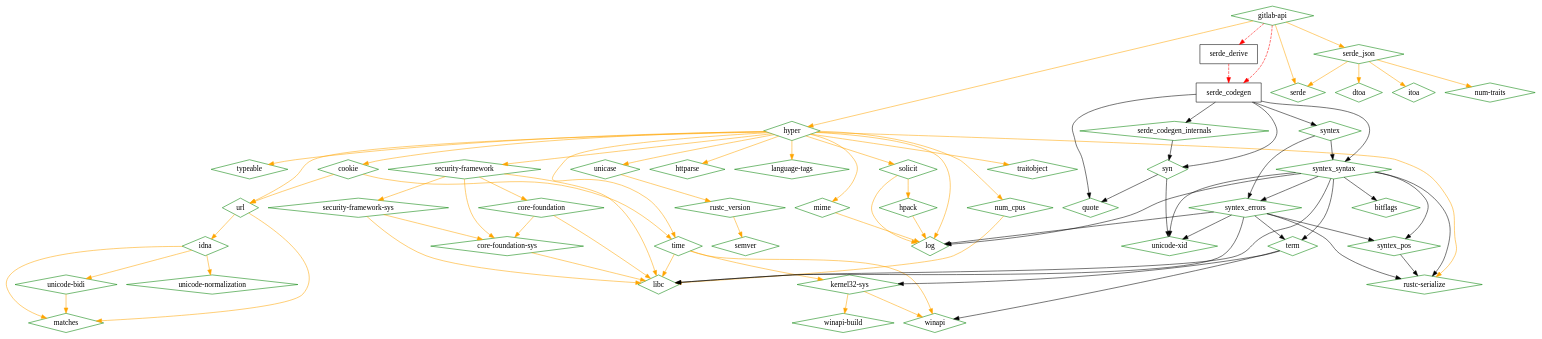
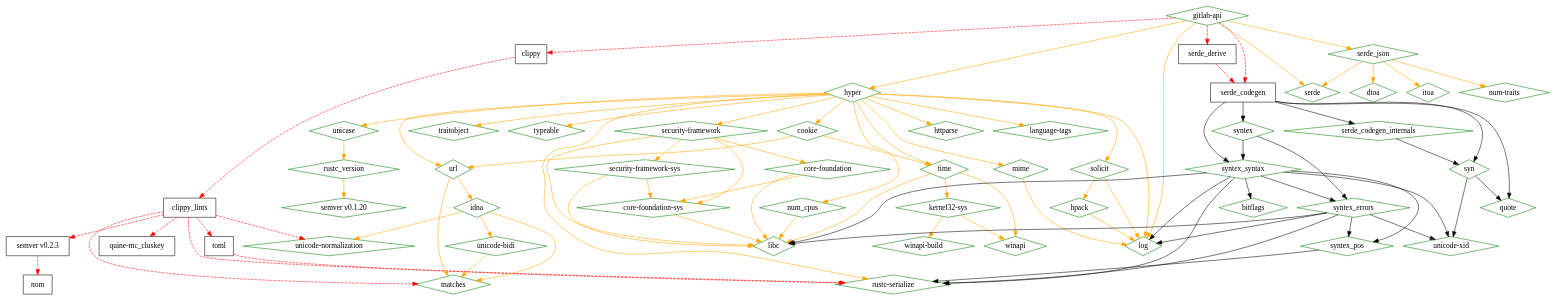
The diagram in gitlab-api-rs.dot (nbigaouette/gitlab-api-rs), drawn with Graphviz before and after one commit. The commit also changed 1 other file, not shown here.

Commit message:
Update dependency graph

```diff
--- a/gitlab-api-rs.dot
+++ b/gitlab-api-rs.dot
@@ -1,129 +1,141 @@
 digraph dependencies {
 	N0[label="gitlab-api",shape=diamond,color=green];
-	N1[label="hyper",shape=diamond,color=green];
-	N2[label="serde",shape=diamond,color=green];
-	N3[label="serde_codegen",shape=box];
-	N4[label="serde_derive",shape=box];
-	N5[label="serde_json",shape=diamond,color=green];
-	N6[label="bitflags",shape=diamond,color=green];
-	N7[label="cookie",shape=diamond,color=green];
-	N8[label="time",shape=diamond,color=green];
-	N9[label="url",shape=diamond,color=green];
-	N10[label="core-foundation",shape=diamond,color=green];
-	N11[label="core-foundation-sys",shape=diamond,color=green];
-	N12[label="libc",shape=diamond,color=green];
-	N13[label="dtoa",shape=diamond,color=green];
-	N14[label="hpack",shape=diamond,color=green];
-	N15[label="log",shape=diamond,color=green];
-	N16[label="httparse",shape=diamond,color=green];
-	N17[label="language-tags",shape=diamond,color=green];
-	N18[label="mime",shape=diamond,color=green];
-	N19[label="num_cpus",shape=diamond,color=green];
-	N20[label="rustc-serialize",shape=diamond,color=green];
-	N21[label="security-framework",shape=diamond,color=green];
-	N22[label="solicit",shape=diamond,color=green];
-	N23[label="traitobject",shape=diamond,color=green];
-	N24[label="typeable",shape=diamond,color=green];
-	N25[label="unicase",shape=diamond,color=green];
-	N26[label="idna",shape=diamond,color=green];
-	N27[label="matches",shape=diamond,color=green];
-	N28[label="unicode-bidi",shape=diamond,color=green];
-	N29[label="unicode-normalization",shape=diamond,color=green];
-	N30[label="itoa",shape=diamond,color=green];
-	N31[label="kernel32-sys",shape=diamond,color=green];
-	N32[label="winapi",shape=diamond,color=green];
-	N33[label="winapi-build",shape=diamond,color=green];
-	N34[label="num-traits",shape=diamond,color=green];
-	N35[label="quote",shape=diamond,color=green];
-	N36[label="rustc_version",shape=diamond,color=green];
-	N37[label="semver",shape=diamond,color=green];
-	N38[label="security-framework-sys",shape=diamond,color=green];
-	N39[label="serde_codegen_internals",shape=diamond,color=green];
-	N40[label="syn",shape=diamond,color=green];
-	N41[label="syntex",shape=diamond,color=green];
-	N42[label="syntex_syntax",shape=diamond,color=green];
-	N43[label="unicode-xid",shape=diamond,color=green];
-	N44[label="syntex_errors",shape=diamond,color=green];
-	N45[label="syntex_pos",shape=diamond,color=green];
-	N46[label="term",shape=diamond,color=green];
-	N0 -> N1[label="",color=orange];
+	N1[label="clippy",shape=box];
+	N2[label="hyper",shape=diamond,color=green];
+	N3[label="log",shape=diamond,color=green];
+	N4[label="serde",shape=diamond,color=green];
+	N5[label="serde_codegen",shape=box];
+	N6[label="serde_derive",shape=box];
+	N7[label="serde_json",shape=diamond,color=green];
+	N8[label="bitflags",shape=diamond,color=green];
+	N9[label="clippy_lints",shape=box];
+	N10[label="matches",shape=diamond,color=green];
+	N11[label="quine-mc_cluskey",shape=box];
+	N12[label="rustc-serialize",shape=diamond,color=green];
+	N13[label="semver v0.2.3",shape=box];
+	N14[label="toml",shape=box];
+	N15[label="unicode-normalization",shape=diamond,color=green];
+	N16[label="cookie",shape=diamond,color=green];
+	N17[label="time",shape=diamond,color=green];
+	N18[label="url",shape=diamond,color=green];
+	N19[label="core-foundation",shape=diamond,color=green];
+	N20[label="core-foundation-sys",shape=diamond,color=green];
+	N21[label="libc",shape=diamond,color=green];
+	N22[label="dtoa",shape=diamond,color=green];
+	N23[label="hpack",shape=diamond,color=green];
+	N24[label="httparse",shape=diamond,color=green];
+	N25[label="language-tags",shape=diamond,color=green];
+	N26[label="mime",shape=diamond,color=green];
+	N27[label="num_cpus",shape=diamond,color=green];
+	N28[label="security-framework",shape=diamond,color=green];
+	N29[label="solicit",shape=diamond,color=green];
+	N30[label="traitobject",shape=diamond,color=green];
+	N31[label="typeable",shape=diamond,color=green];
+	N32[label="unicase",shape=diamond,color=green];
+	N33[label="idna",shape=diamond,color=green];
+	N34[label="unicode-bidi",shape=diamond,color=green];
+	N35[label="itoa",shape=diamond,color=green];
+	N36[label="kernel32-sys",shape=diamond,color=green];
+	N37[label="winapi",shape=diamond,color=green];
+	N38[label="winapi-build",shape=diamond,color=green];
+	N39[label="nom",shape=box];
+	N40[label="num-traits",shape=diamond,color=green];
+	N41[label="quote",shape=diamond,color=green];
+	N42[label="rustc_version",shape=diamond,color=green];
+	N43[label="semver v0.1.20",shape=diamond,color=green];
+	N44[label="security-framework-sys",shape=diamond,color=green];
+	N45[label="serde_codegen_internals",shape=diamond,color=green];
+	N46[label="syn",shape=diamond,color=green];
+	N47[label="syntex",shape=diamond,color=green];
+	N48[label="syntex_syntax",shape=diamond,color=green];
+	N49[label="unicode-xid",shape=diamond,color=green];
+	N50[label="syntex_errors",shape=diamond,color=green];
+	N51[label="syntex_pos",shape=diamond,color=green];
+	N0 -> N1[label="",style=dashed,color=red];
 	N0 -> N2[label="",color=orange];
-	N0 -> N3[label="",style=dashed,color=red];
-	N0 -> N4[label="",style=dashed,color=red];
-	N0 -> N5[label="",color=orange];
-	N1 -> N7[label="",color=orange];
-	N1 -> N8[label="",color=orange];
-	N1 -> N9[label="",color=orange];
-	N1 -> N15[label="",color=orange];
-	N1 -> N16[label="",color=orange];
-	N1 -> N17[label="",color=orange];
-	N1 -> N18[label="",color=orange];
-	N1 -> N19[label="",color=orange];
-	N1 -> N20[label="",color=orange];
-	N1 -> N21[label="",color=orange];
-	N1 -> N22[label="",color=orange];
-	N1 -> N23[label="",color=orange];
-	N1 -> N24[label="",color=orange];
-	N1 -> N25[label="",color=orange];
-	N3 -> N35[label=""];
-	N3 -> N39[label=""];
-	N3 -> N40[label=""];
-	N3 -> N41[label=""];
-	N3 -> N42[label=""];
-	N4 -> N3[label="",style=dashed,color=red];
-	N5 -> N2[label="",color=orange];
-	N5 -> N13[label="",color=orange];
-	N5 -> N30[label="",color=orange];
-	N5 -> N34[label="",color=orange];
-	N7 -> N8[label="",color=orange];
-	N7 -> N9[label="",color=orange];
-	N8 -> N12[label="",color=orange];
-	N8 -> N31[label="",color=orange];
-	N8 -> N32[label="",color=orange];
-	N9 -> N26[label="",color=orange];
-	N9 -> N27[label="",color=orange];
-	N10 -> N11[label="",color=orange];
-	N10 -> N12[label="",color=orange];
-	N11 -> N12[label="",color=orange];
-	N14 -> N15[label="",color=orange];
-	N18 -> N15[label="",color=orange];
-	N19 -> N12[label="",color=orange];
-	N21 -> N10[label="",color=orange];
-	N21 -> N11[label="",color=orange];
-	N21 -> N12[label="",color=orange];
-	N21 -> N38[label="",color=orange];
-	N22 -> N14[label="",color=orange];
-	N22 -> N15[label="",color=orange];
-	N25 -> N36[label="",color=orange];
-	N26 -> N27[label="",color=orange];
-	N26 -> N28[label="",color=orange];
-	N26 -> N29[label="",color=orange];
-	N28 -> N27[label="",color=orange];
-	N31 -> N32[label="",color=orange];
-	N31 -> N33[label="",color=orange];
+	N0 -> N3[label="",color=orange];
+	N0 -> N4[label="",color=orange];
+	N0 -> N5[label="",style=dashed,color=red];
+	N0 -> N6[label="",style=dashed,color=red];
+	N0 -> N7[label="",color=orange];
+	N1 -> N9[label="",style=dashed,color=red];
+	N2 -> N3[label="",color=orange];
+	N2 -> N12[label="",color=orange];
+	N2 -> N16[label="",color=orange];
+	N2 -> N17[label="",color=orange];
+	N2 -> N18[label="",color=orange];
+	N2 -> N24[label="",color=orange];
+	N2 -> N25[label="",color=orange];
+	N2 -> N26[label="",color=orange];
+	N2 -> N27[label="",color=orange];
+	N2 -> N28[label="",color=orange];
+	N2 -> N29[label="",color=orange];
+	N2 -> N30[label="",color=orange];
+	N2 -> N31[label="",color=orange];
+	N2 -> N32[label="",color=orange];
+	N5 -> N41[label=""];
+	N5 -> N45[label=""];
+	N5 -> N46[label=""];
+	N5 -> N47[label=""];
+	N5 -> N48[label=""];
+	N6 -> N5[label="",style=dashed,color=red];
+	N7 -> N4[label="",color=orange];
+	N7 -> N22[label="",color=orange];
+	N7 -> N35[label="",color=orange];
+	N7 -> N40[label="",color=orange];
+	N9 -> N10[label="",style=dashed,color=red];
+	N9 -> N11[label="",style=dashed,color=red];
+	N9 -> N12[label="",style=dashed,color=red];
+	N9 -> N13[label="",style=dashed,color=red];
+	N9 -> N14[label="",style=dashed,color=red];
+	N9 -> N15[label="",style=dashed,color=red];
+	N13 -> N39[label="",style=dashed,color=red];
+	N14 -> N12[label="",style=dashed,color=red];
+	N16 -> N17[label="",color=orange];
+	N16 -> N18[label="",color=orange];
+	N17 -> N21[label="",color=orange];
+	N17 -> N36[label="",color=orange];
+	N17 -> N37[label="",color=orange];
+	N18 -> N10[label="",color=orange];
+	N18 -> N33[label="",color=orange];
+	N19 -> N20[label="",color=orange];
+	N19 -> N21[label="",color=orange];
+	N20 -> N21[label="",color=orange];
+	N23 -> N3[label="",color=orange];
+	N26 -> N3[label="",color=orange];
+	N27 -> N21[label="",color=orange];
+	N28 -> N19[label="",color=orange];
+	N28 -> N20[label="",color=orange];
+	N28 -> N21[label="",color=orange];
+	N28 -> N44[label="",color=orange];
+	N29 -> N3[label="",color=orange];
+	N29 -> N23[label="",color=orange];
+	N32 -> N42[label="",color=orange];
+	N33 -> N10[label="",color=orange];
+	N33 -> N15[label="",color=orange];
+	N33 -> N34[label="",color=orange];
+	N34 -> N10[label="",color=orange];
 	N36 -> N37[label="",color=orange];
-	N38 -> N11[label="",color=orange];
-	N38 -> N12[label="",color=orange];
-	N39 -> N40[label=""];
-	N40 -> N35[label=""];
-	N40 -> N43[label=""];
-	N41 -> N42[label=""];
-	N41 -> N44[label=""];
-	N42 -> N6[label=""];
-	N42 -> N12[label=""];
-	N42 -> N15[label=""];
-	N42 -> N20[label=""];
-	N42 -> N43[label=""];
-	N42 -> N44[label=""];
-	N42 -> N45[label=""];
-	N42 -> N46[label=""];
-	N44 -> N12[label=""];
-	N44 -> N15[label=""];
-	N44 -> N20[label=""];
-	N44 -> N43[label=""];
-	N44 -> N45[label=""];
-	N44 -> N46[label=""];
-	N45 -> N20[label=""];
-	N46 -> N31[label=""];
-	N46 -> N32[label=""];
+	N36 -> N38[label="",color=orange];
+	N42 -> N43[label="",color=orange];
+	N44 -> N20[label="",color=orange];
+	N44 -> N21[label="",color=orange];
+	N45 -> N46[label=""];
+	N46 -> N41[label=""];
+	N46 -> N49[label=""];
+	N47 -> N48[label=""];
+	N47 -> N50[label=""];
+	N48 -> N3[label=""];
+	N48 -> N8[label=""];
+	N48 -> N12[label=""];
+	N48 -> N21[label=""];
+	N48 -> N49[label=""];
+	N48 -> N50[label=""];
+	N48 -> N51[label=""];
+	N50 -> N3[label=""];
+	N50 -> N12[label=""];
+	N50 -> N21[label=""];
+	N50 -> N49[label=""];
+	N50 -> N51[label=""];
+	N51 -> N12[label=""];
 }
```
